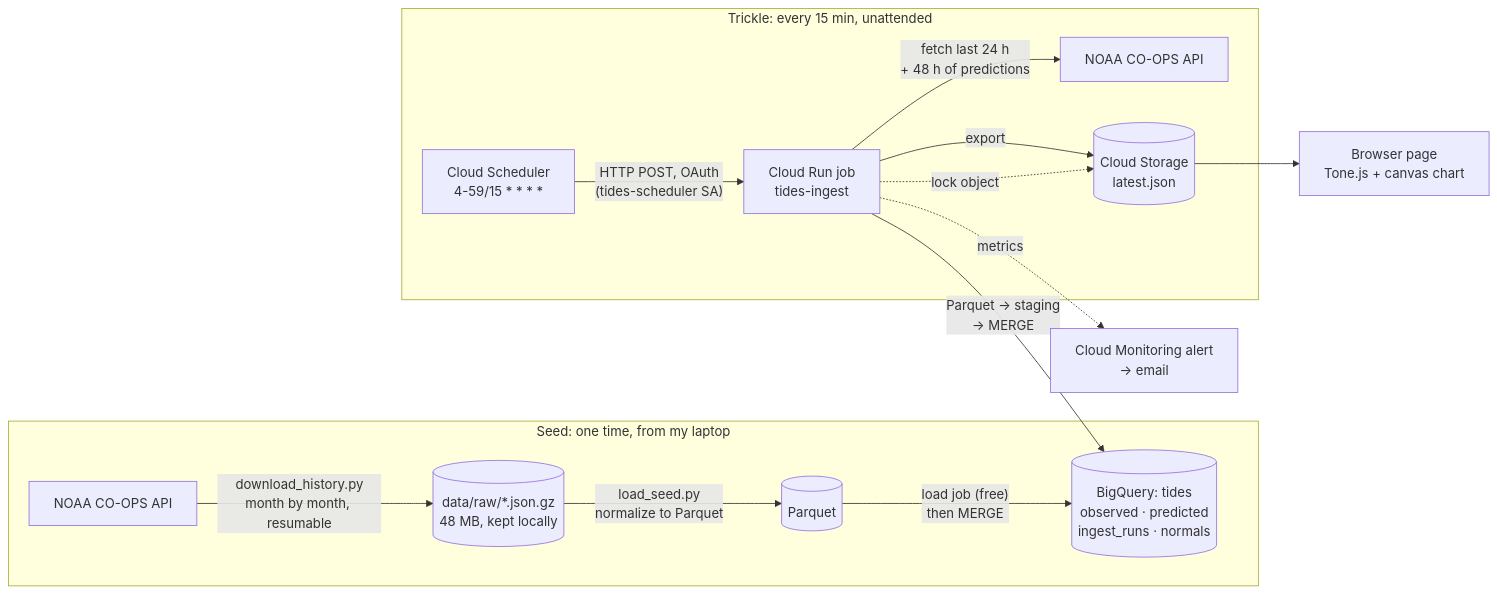
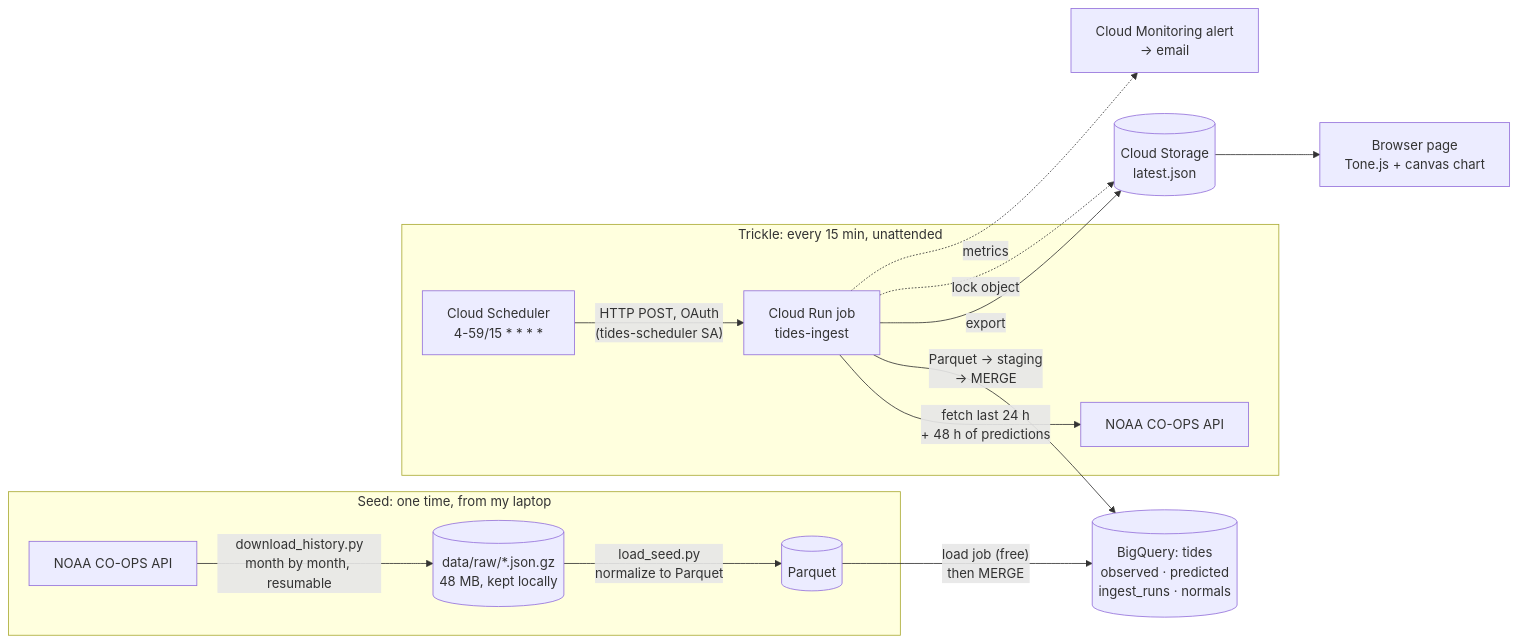
Before and after one commit to hkamm123/pipeline-project: the diagram in README.md, drawn with Mermaid.

Commit message:
README: draw BigQuery and Cloud Storage outside the seed/trickle boxes (both paths write to them)

````diff
--- a/README.md
+++ b/README.md
@@ -14,18 +14,19 @@
 ```mermaid
 flowchart LR
   subgraph seed["Seed: one time, from my laptop"]
     N1[NOAA CO-OPS API] -->|"download_history.py<br/>month by month, resumable"| RAW[("data/raw/*.json.gz<br/>48 MB, kept locally")]
     RAW -->|"load_seed.py<br/>normalize to Parquet"| PQ[(Parquet)]
-    PQ -->|"load job (free)<br/>then MERGE"| BQ
   end
   subgraph trickle["Trickle: every 15 min, unattended"]
     CS["Cloud Scheduler<br/>4-59/15 * * * *"] -->|"HTTP POST, OAuth<br/>(tides-scheduler SA)"| CR["Cloud Run job<br/>tides-ingest"]
     CR -->|"fetch last 24 h<br/>+ 48 h of predictions"| N2[NOAA CO-OPS API]
-    CR -->|"Parquet → staging<br/>→ MERGE"| BQ
-    CR -->|"export"| GCS
-    CR -.->|"lock object"| GCS
   end
   BQ[("BigQuery: tides<br/>observed · predicted<br/>ingest_runs · normals")]
-  GCS[("Cloud Storage<br/>latest.json")] --> WEB["Browser page<br/>Tone.js + canvas chart"]
+  GCS[("Cloud Storage<br/>latest.json")]
+  PQ -->|"load job (free)<br/>then MERGE"| BQ
+  CR -->|"Parquet → staging<br/>→ MERGE"| BQ
+  CR -->|"export"| GCS
+  CR -.->|"lock object"| GCS
+  GCS --> WEB["Browser page<br/>Tone.js + canvas chart"]
   CR -. metrics .-> MON["Cloud Monitoring alert<br/>→ email"]
 ```
````
